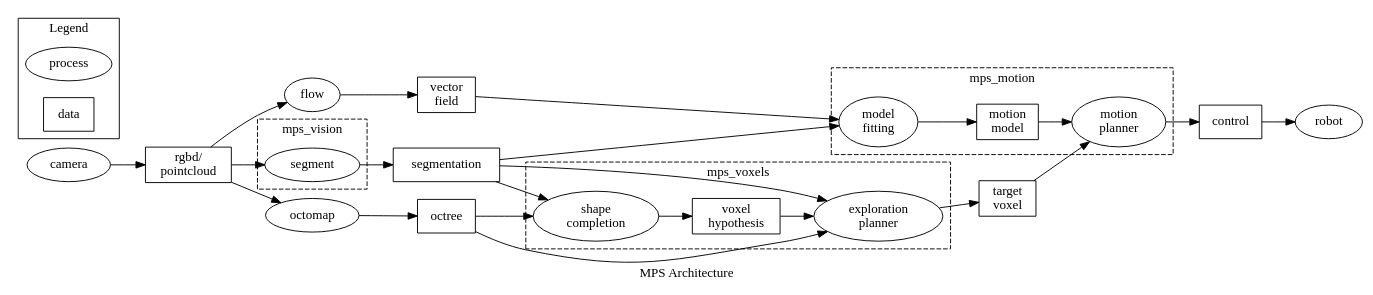
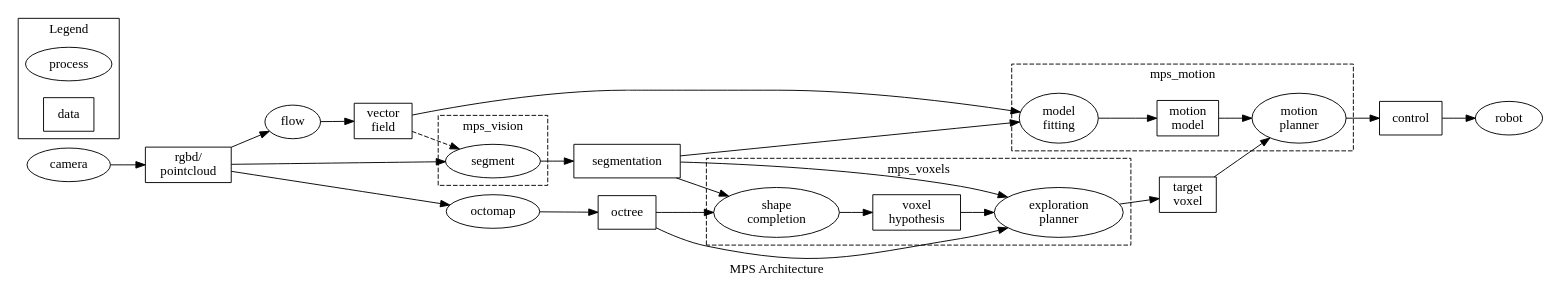
Before and after one commit to UM-ARM-Lab/multihypothesis_segmentation_tracking: the diagram in architecture.dot, drawn with Graphviz. The commit also changed 7 other files, not shown here.

```diff
--- a/architecture.dot
+++ b/architecture.dot
@@ -1,90 +1,91 @@
 digraph g {
     label="MPS Architecture";
     rankdir=LR;
     // splines=ortho;
 
     node [shape="ellipse"];
     camera;
     flow;
     octomap;
     robot;
     subgraph cluster_vision {
         label="mps_vision";
         style="dashed";
 
         node [shape="ellipse"];
         segment;
     }
     subgraph cluster_voxels {
         label="mps_voxels";
         style="dashed";
 
         node [shape="ellipse"];
         completion [label="shape\ncompletion"];
         explorer [label="exploration\nplanner"];
 
         node [shape="box"];
         hypothesis [label="voxel\nhypothesis"];
     }
 
     subgraph cluster_motion {
         label="mps_motion";
         style="dashed";
 
         node [shape="ellipse"];
         em [label="model\nfitting"];
         motion [label="motion\nplanner"];
 
         node [shape="box"];
         model [label="motion\nmodel"];
     }
 
     node [shape="box"];
     rgbd [label="rgbd/\npointcloud"];
     vector [label="vector\nfield"];
     octree;
     segmentation;
     
     target [label="target\nvoxel"];
     control [label="control"];
 
     camera->rgbd;
     rgbd->flow;
     flow->vector;
     vector->em;
     rgbd->octomap;
     octomap->octree;
     rgbd->segment;
     segment->segmentation;
     octree->completion;
     segmentation->completion;
     segmentation->em;
     em->model;
     completion->hypothesis;
     segmentation->explorer;
     octree->explorer;
     hypothesis->explorer;
     explorer->target;
     model->motion;
     target->motion;
     motion->control;
     control->robot;
+    vector->segment[style="dashed"];
 
     subgraph cluster_legend{
         label="Legend";
         process [shape="ellipse"];
         data [shape="box"];
     }
 
-    { rank=same; vector, segmentation, octree }
+    { rank=same; segmentation, octree }
 
     // Feedback path
     // cn1 [label="", shape="point"];
     // { rank=same; cn1, robot }
     // robot->cn1;
     // cn2 [label="", shape="point"];
     // { rank=same; camera, cn2 }
     // cn2->cn1 [dir=back];
     // cn2->camera;
     // camera->cn1 [dir="back"];
 }
```
